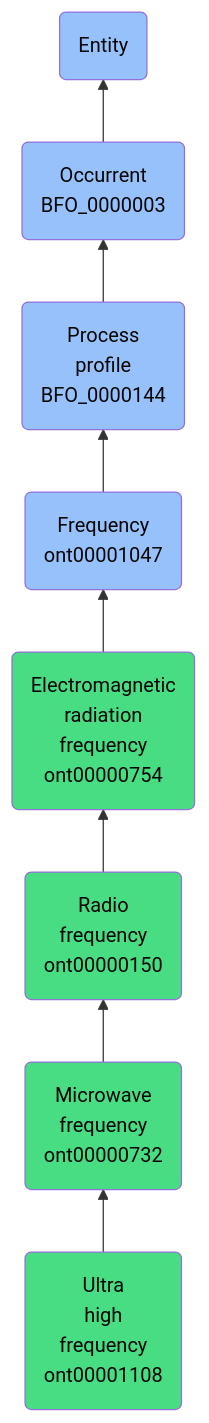
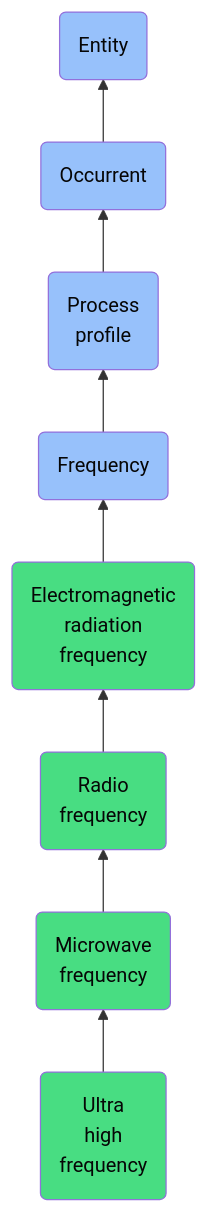
One commit to jupyter-naas/abi changed the diagram in docs/ontology/reference/model/Entity/Occurrent/Process profile/Frequency/Electromagnetic radiation frequency/Radio frequency/Microwave frequency/Ultra high frequency/Ultra high frequency.md. Above: the diagram before and after it, drawn with Mermaid. The commit also changed other lines of this file and 1430 other files, not shown here.

````diff
--- a/docs/ontology/reference/model/Entity/Occurrent/Process profile/Frequency/Electromagnetic radiation frequency/Radio frequency/Microwave frequency/Ultra high frequency/Ultra high frequency.md
+++ b/docs/ontology/reference/model/Entity/Occurrent/Process profile/Frequency/Electromagnetic radiation frequency/Radio frequency/Microwave frequency/Ultra high frequency/Ultra high frequency.md
@@ -24,15 +24,15 @@
 ```mermaid
 graph BT
-    ont00001108(Ultra<br>high<br>frequency<br>ont00001108):::ABI-->ont00000732
-    ont00000732(Microwave<br>frequency<br>ont00000732):::ABI-->ont00000150
-    ont00000150(Radio<br>frequency<br>ont00000150):::ABI-->ont00000754
-    ont00000754(Electromagnetic<br>radiation<br>frequency<br>ont00000754):::ABI-->ont00001047
-    ont00001047(Frequency<br>ont00001047):::BFO-->BFO_0000144
-    BFO_0000144(Process<br>profile<br>BFO_0000144):::BFO-->BFO_0000003
-    BFO_0000003(Occurrent<br>BFO_0000003):::BFO-->BFO_0000001
+    ont00001108(Ultra<br>high<br>frequency):::ABI-->ont00000732
+    ont00000732(Microwave<br>frequency):::ABI-->ont00000150
+    ont00000150(Radio<br>frequency):::ABI-->ont00000754
+    ont00000754(Electromagnetic<br>radiation<br>frequency):::ABI-->ont00001047
+    ont00001047(Frequency):::BFO-->BFO_0000144
+    BFO_0000144(Process<br>profile):::BFO-->BFO_0000003
+    BFO_0000003(Occurrent):::BFO-->BFO_0000001
     BFO_0000001(Entity):::BFO
     
     classDef BFO fill:#97c1fb,color:#060606
     classDef CCO fill:#e4c51e,color:#060606
     classDef ABI fill:#48DD82,color:#060606
 ```
````
